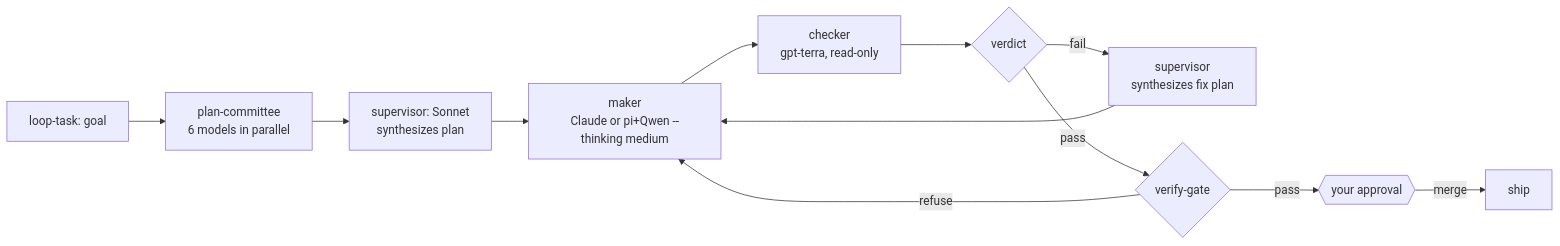
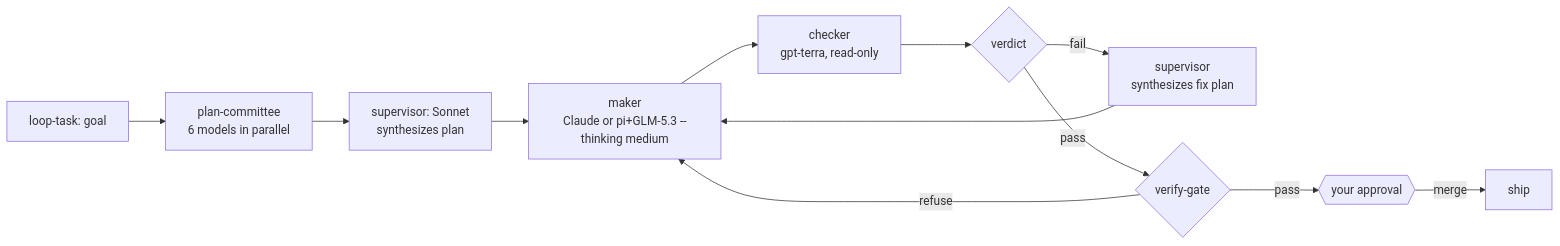
One commit to eshwarvijay/secondmate changed the diagram in README.md. Above: the diagram before and after it, drawn with Mermaid. The commit also changed other lines of this file and 2 other files, not shown here.

Commit message:
Swap pi maker model from Qwen3-Coder-Next to GLM-5.3 (Bedrock)
Replace qwen.qwen3-coder-next with global.zai.glm-5.3 in all 4
maker-launch sites (herdr + headless, first-round + fix-round) in
skills/secondmate/SKILL.md. Validated global.zai.glm-5.3 exists on
Bedrock, auth is ready, and tool-calling + --thinking medium works.

Note: no GLM-5.3 "Flash" SKU exists on Bedrock (only on Baseten,
which secondmate does not integrate with), so this uses the full
GLM-5.3 model instead.

Synced README.md and docs/ARCHITECTURE.md maker-routing references.
Left the plan-committee's 6 planner voices (including Qwen3-Coder-Next
as the "implementation feasibility" committee member) untouched --
that's a separate role from the maker.

````diff
--- a/README.md
+++ b/README.md
@@ -62,14 +62,14 @@
 ```mermaid
 flowchart LR
     A[loop-task: goal] --> P[plan-committee<br/>6 models in parallel]
     P --> S[supervisor: Sonnet<br/>synthesizes plan]
-    S --> M[maker<br/>Claude or pi+Qwen --thinking medium]
+    S --> M[maker<br/>Claude or pi+GLM-5.3 --thinking medium]
     M --> C[checker<br/>gpt-terra, read-only]
     C --> V{verdict}
     V -- fail --> S2[supervisor<br/>synthesizes fix plan]
     S2 --> M
     V -- pass --> G{verify-gate}
     G -- refuse --> M
     G -- pass --> H{{your approval}}
     H -- merge --> D[ship]
 ```
````
